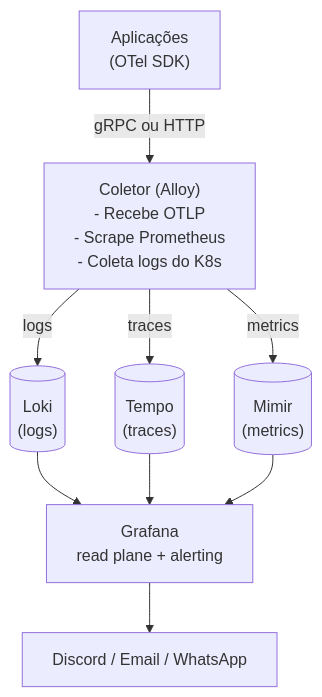
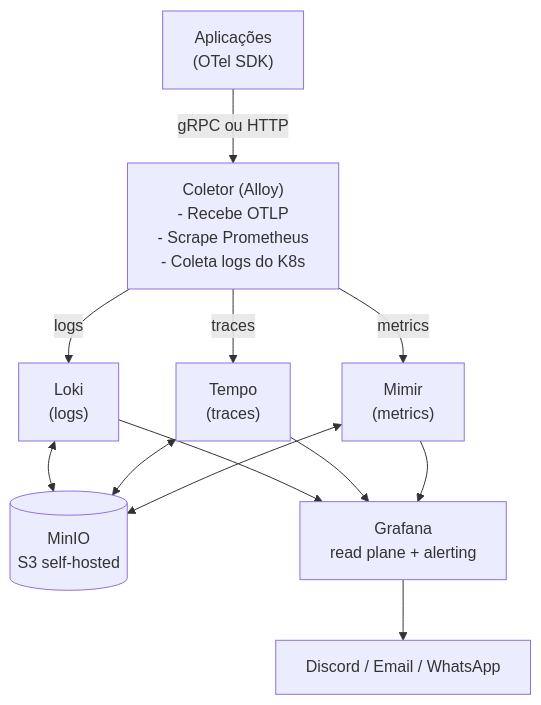
One commit to pPeterle/blog changed the first of 2 diagrams in content/posts/observability-architecture.md. Above: the diagram before and after it, drawn with Mermaid. The commit also changed other lines of this file, not shown here.

````diff
--- a/content/posts/observability-architecture.md
+++ b/content/posts/observability-architecture.md
@@ -32,19 +32,23 @@
 ```mermaid
 flowchart TB
   Apps["Aplicações<br/>(OTel SDK)"]
   Coletor["Coletor (Alloy)<br/>- Recebe OTLP<br/>- Scrape Prometheus<br/>- Coleta logs do K8s"]
-  Loki[("Loki<br/>(logs)")]
-  Tempo[("Tempo<br/>(traces)")]
-  Mimir[("Mimir<br/>(metrics)")]
+  Loki["Loki<br/>(logs)"]
+  Tempo["Tempo<br/>(traces)"]
+  Mimir["Mimir<br/>(metrics)"]
+  MinIO[("MinIO<br/>S3 self-hosted")]
   Grafana["Grafana<br/>read plane + alerting"]
   Notif["Discord / Email / WhatsApp"]
 
   Apps -->|gRPC ou HTTP| Coletor
   Coletor -->|logs| Loki
   Coletor -->|traces| Tempo
   Coletor -->|metrics| Mimir
+  Loki <--> MinIO
+  Tempo <--> MinIO
+  Mimir <--> MinIO
   Loki --> Grafana
   Tempo --> Grafana
   Mimir --> Grafana
   Grafana --> Notif
 ```
````
